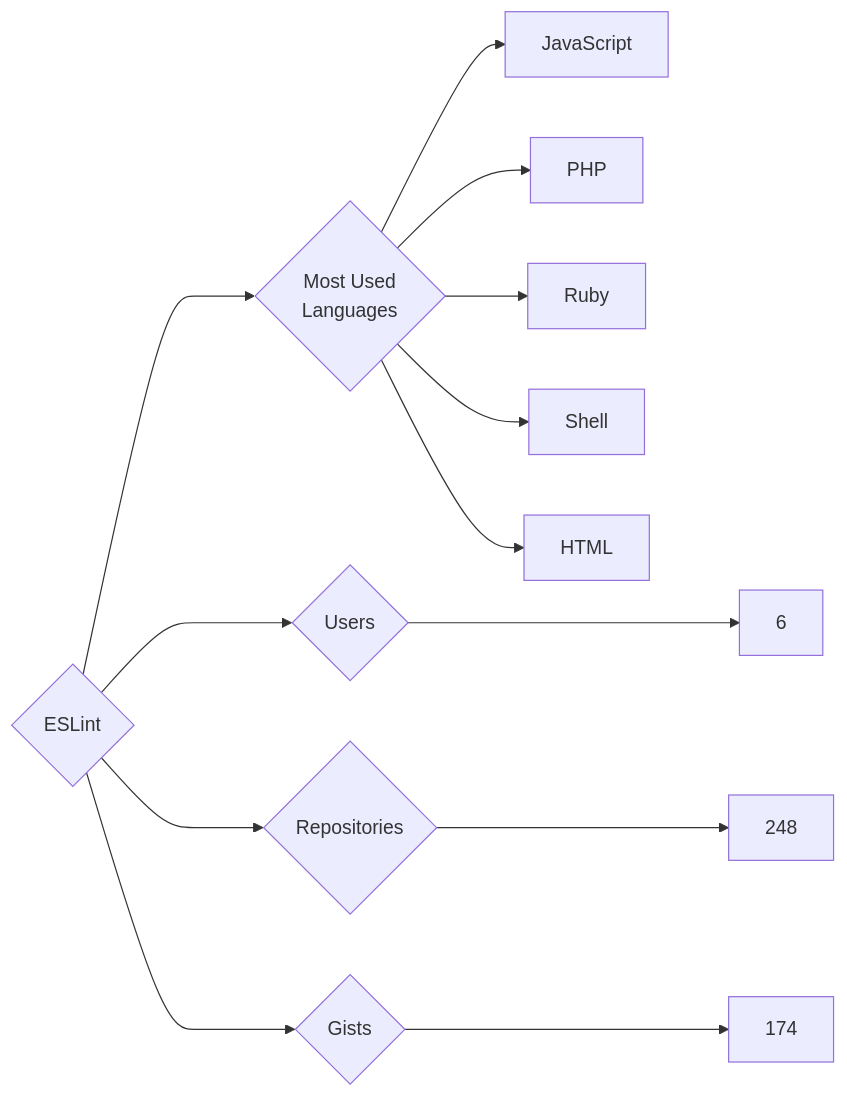
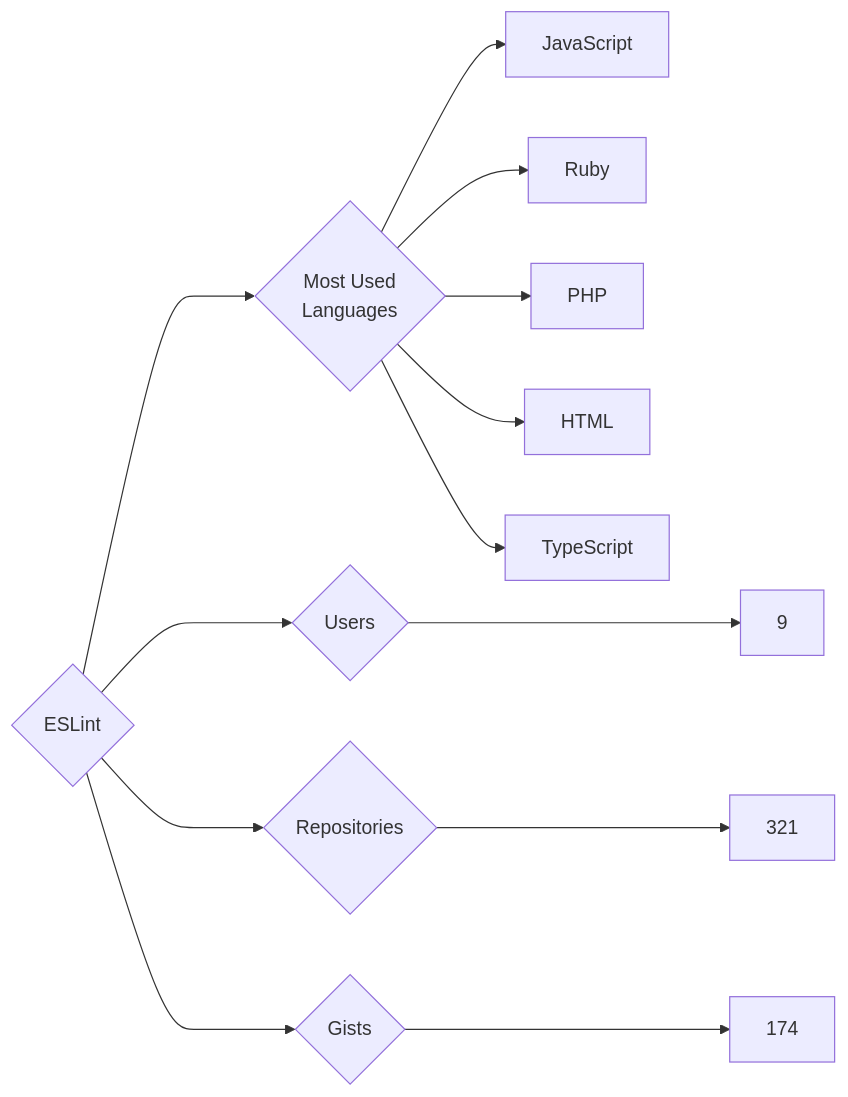
Before and after one commit to trickest/insiders: the diagram in targets/ESLint/README.md, drawn with Mermaid. The commit also changed 997 other files, not shown here.

````diff
--- a/targets/ESLint/README.md
+++ b/targets/ESLint/README.md
@@ -3,13 +3,13 @@
 ```mermaid
 graph LR
 COMPANY_NAME{ESLint}
-COMPANY_NAME ---> U{Users} ---> UN[6]
-COMPANY_NAME ---> R{Repositories} ---> RN[248]
+COMPANY_NAME ---> U{Users} ---> UN[9]
+COMPANY_NAME ---> R{Repositories} ---> RN[321]
 COMPANY_NAME ---> G{Gists} ---> GN[174]
 COMPANY_NAME ---> ML{Most Used<br>Languages}
 ML --> JavaScript[JavaScript]
+ML --> Ruby[Ruby]
 ML --> PHP[PHP]
-ML --> Ruby[Ruby]
-ML --> Shell[Shell]
 ML --> HTML[HTML]
+ML --> TypeScript[TypeScript]
 ```
````
